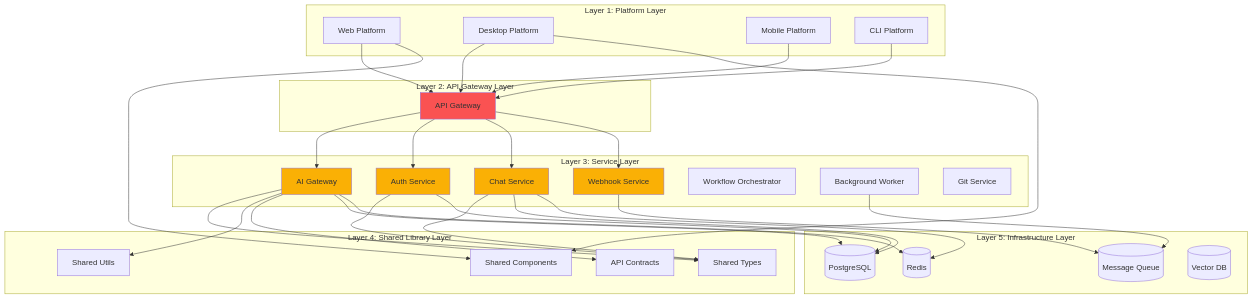
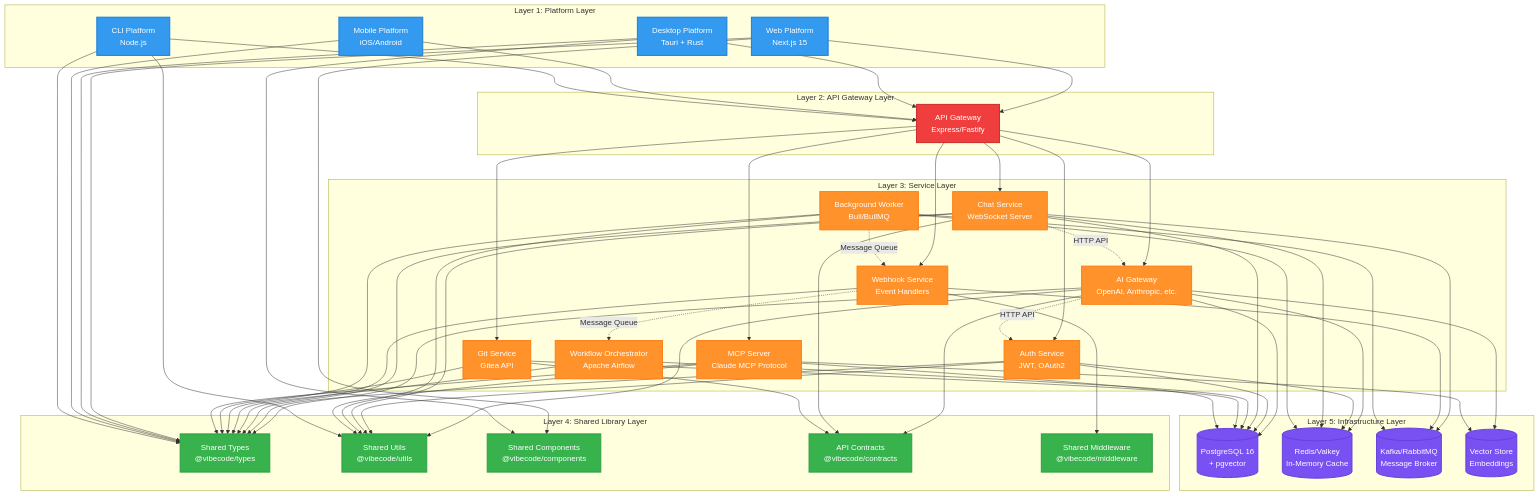
One commit to ryanmaclean/vibecode-webgui changed the first of 7 diagrams in docs/MODULE_BOUNDARIES.md. Above: the diagram before and after it, drawn with Mermaid. The commit also changed other lines of this file and 1 other file, not shown here.

First line of the commit message:
auto-claude: subtask-4-1 - Create mermaid diagrams showing module dependencies

````diff
--- a/docs/MODULE_BOUNDARIES.md
+++ b/docs/MODULE_BOUNDARIES.md
@@ -49,70 +49,117 @@
 ```mermaid
 graph TB
     subgraph "Layer 1: Platform Layer"
-        Web[Web Platform]
-        Desktop[Desktop Platform]
-        Mobile[Mobile Platform]
-        CLI[CLI Platform]
+        Web[Web Platform<br/>Next.js 15]
+        Desktop[Desktop Platform<br/>Tauri + Rust]
+        Mobile[Mobile Platform<br/>iOS/Android]
+        CLI[CLI Platform<br/>Node.js]
     end
 
     subgraph "Layer 2: API Gateway Layer"
-        Gateway[API Gateway]
+        Gateway[API Gateway<br/>Express/Fastify]
     end
 
     subgraph "Layer 3: Service Layer"
-        AIService[AI Gateway]
-        AuthService[Auth Service]
-        ChatService[Chat Service]
-        WebhookService[Webhook Service]
-        WorkflowService[Workflow Orchestrator]
-        BackgroundWorker[Background Worker]
-        GitService[Git Service]
+        AIService[AI Gateway<br/>OpenAI, Anthropic, etc.]
+        AuthService[Auth Service<br/>JWT, OAuth2]
+        ChatService[Chat Service<br/>WebSocket Server]
+        WebhookService[Webhook Service<br/>Event Handlers]
+        WorkflowService[Workflow Orchestrator<br/>Apache Airflow]
+        BackgroundWorker[Background Worker<br/>Bull/BullMQ]
+        GitService[Git Service<br/>Gitea API]
+        MCPServer[MCP Server<br/>Claude MCP Protocol]
     end
 
     subgraph "Layer 4: Shared Library Layer"
-        Types[Shared Types]
-        Utils[Shared Utils]
-        Components[Shared Components]
-        Contracts[API Contracts]
+        Types[Shared Types<br/>@vibecode/types]
+        Utils[Shared Utils<br/>@vibecode/utils]
+        Components[Shared Components<br/>@vibecode/components]
+        Contracts[API Contracts<br/>@vibecode/contracts]
+        Middleware[Shared Middleware<br/>@vibecode/middleware]
     end
 
     subgraph "Layer 5: Infrastructure Layer"
-        Database[(PostgreSQL)]
-        Cache[(Redis)]
-        Queue[(Message Queue)]
-        VectorDB[(Vector DB)]
+        Database[(PostgreSQL 16<br/>+ pgvector)]
+        Cache[(Redis/Valkey<br/>In-Memory Cache)]
+        Queue[(Kafka/RabbitMQ<br/>Message Broker)]
+        VectorDB[(Vector Store<br/>Embeddings)]
     end
 
+    %% Platform to Gateway
     Web --> Gateway
     Desktop --> Gateway
     Mobile --> Gateway
     CLI --> Gateway
 
+    %% Gateway to Services
     Gateway --> AIService
     Gateway --> AuthService
     Gateway --> ChatService
     Gateway --> WebhookService
+    Gateway --> GitService
+    Gateway --> MCPServer
 
+    %% Service to Service (via API only - shown as dashed)
+    AIService -.->|HTTP API| AuthService
+    ChatService -.->|HTTP API| AIService
+    WebhookService -.->|Message Queue| WorkflowService
+    BackgroundWorker -.->|Message Queue| WebhookService
+
+    %% Services to Shared Libraries
     AIService --> Types
     AIService --> Utils
     AIService --> Contracts
     AuthService --> Types
+    AuthService --> Utils
     ChatService --> Types
-    WebhookService --> Queue
-    BackgroundWorker --> Queue
+    ChatService --> Utils
+    ChatService --> Contracts
+    WebhookService --> Types
+    WebhookService --> Middleware
+    WorkflowService --> Types
+    BackgroundWorker --> Types
+    BackgroundWorker --> Utils
+    GitService --> Types
+    GitService --> Contracts
+    MCPServer --> Types
+    MCPServer --> Utils
 
+    %% Platforms to Shared Libraries
+    Web --> Components
+    Web --> Types
+    Desktop --> Components
+    Desktop --> Types
+    Mobile --> Types
+    CLI --> Types
+    CLI --> Utils
+
+    %% Services to Infrastructure
     AIService --> Database
     AIService --> Cache
+    AIService --> VectorDB
     AuthService --> Database
+    AuthService --> Cache
     ChatService --> Database
     ChatService --> Cache
+    ChatService --> Queue
+    WebhookService --> Queue
+    WorkflowService --> Database
+    BackgroundWorker --> Queue
+    BackgroundWorker --> Cache
+    GitService --> Database
+    MCPServer --> Database
+    MCPServer --> VectorDB
 
-    Web --> Components
-    Desktop --> Components
+    %% Styling by Layer
+    classDef platformStyle fill:#339af0,stroke:#1c7ed6,color:#fff,stroke-width:2px
+    classDef gatewayStyle fill:#f03e3e,stroke:#c92a2a,color:#fff,stroke-width:2px
+    classDef serviceStyle fill:#ff922b,stroke:#fd7e14,color:#fff,stroke-width:2px
+    classDef sharedStyle fill:#37b24d,stroke:#2f9e44,color:#fff,stroke-width:2px
+    classDef infraStyle fill:#7950f2,stroke:#6741d9,color:#fff,stroke-width:2px
 
-    style Gateway fill:#fa5252
-    style AIService fill:#fab005
-    style AuthService fill:#fab005
-    style ChatService fill:#fab005
-    style WebhookService fill:#fab005
+    class Web,Desktop,Mobile,CLI platformStyle
+    class Gateway gatewayStyle
+    class AIService,AuthService,ChatService,WebhookService,WorkflowService,BackgroundWorker,GitService,MCPServer serviceStyle
+    class Types,Utils,Components,Contracts,Middleware sharedStyle
+    class Database,Cache,Queue,VectorDB infraStyle
 ```
````
